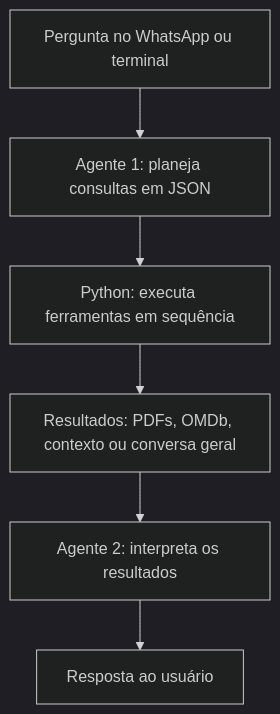
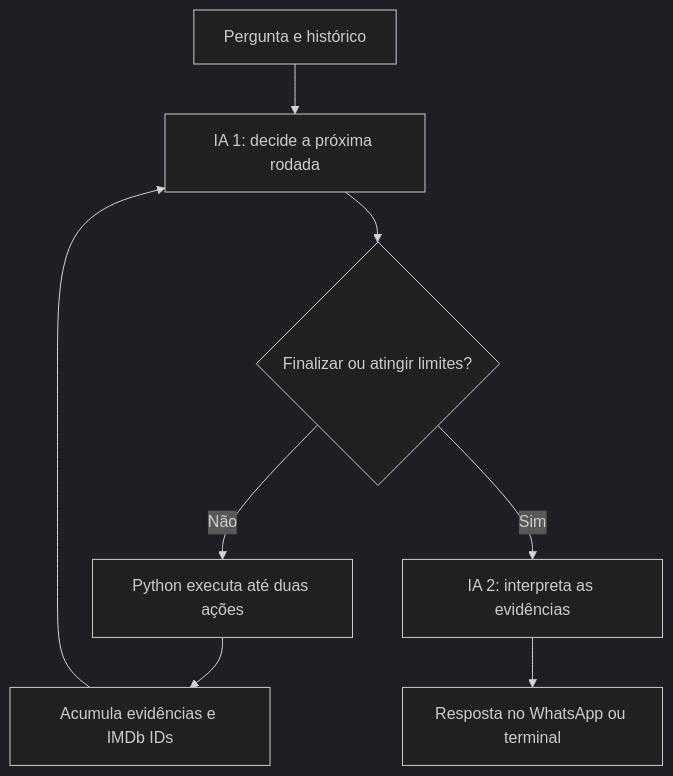
The diagram in README.md (EricoBorgonove/whatsapp-ollama-rag-omdb), drawn with Mermaid (dark theme) before and after one commit. The commit also changed other lines of this file, not shown here.

Commit message:
docs: descreve pesquisa em rodadas ferramentas e estado das conversas

````diff
--- a/README.md
+++ b/README.md
@@ -218,8 +222,10 @@
 ```mermaid
 flowchart TD
-    U["Pergunta no WhatsApp ou terminal"] --> P["Agente 1: planeja consultas em JSON"]
-    P --> F["Python: executa ferramentas em sequência"]
-    F --> R["Resultados: PDFs, OMDb, contexto ou conversa geral"]
-    R --> A["Agente 2: interpreta os resultados"]
-    A --> S["Resposta ao usuário"]
+    U["Pergunta e histórico"] --> P["IA 1: decide a próxima rodada"]
+    P --> D{"Finalizar ou atingir limites?"}
+    D -->|Não| F["Python executa até duas ações"]
+    F --> E["Acumula evidências e IMDb IDs"]
+    E --> P
+    D -->|Sim| A["IA 2: interpreta as evidências"]
+    A --> R["Resposta no WhatsApp ou terminal"]
 ```
````
